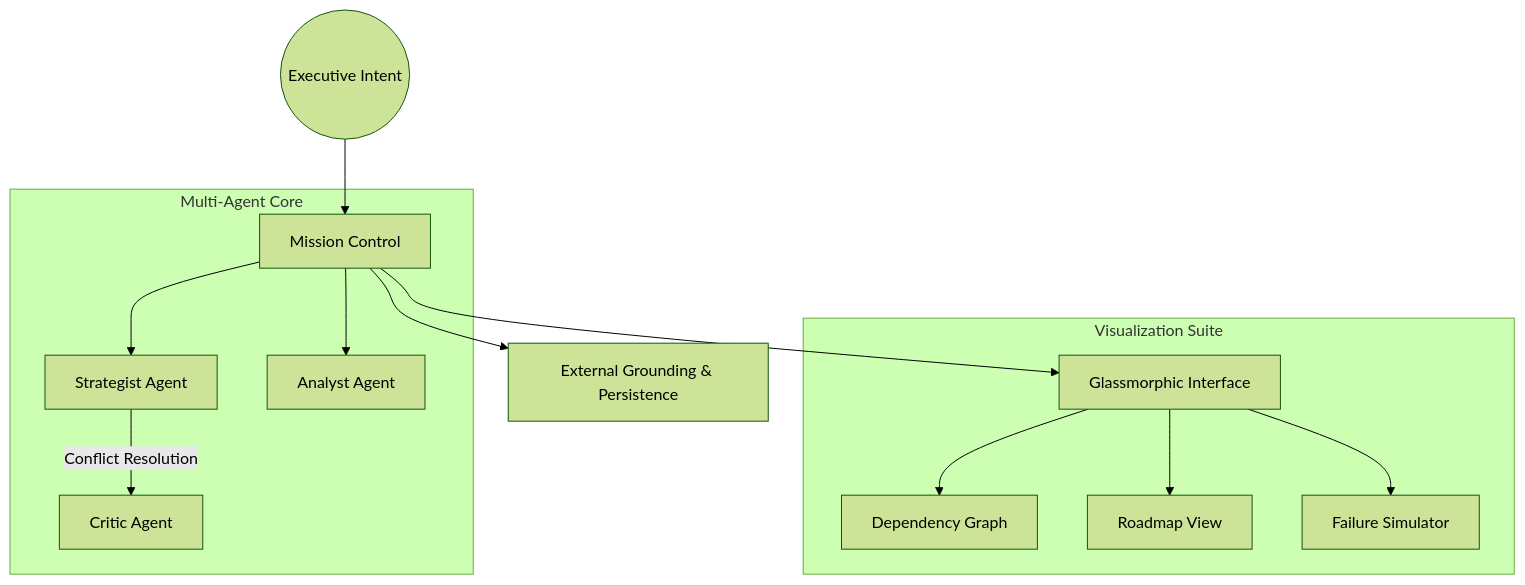
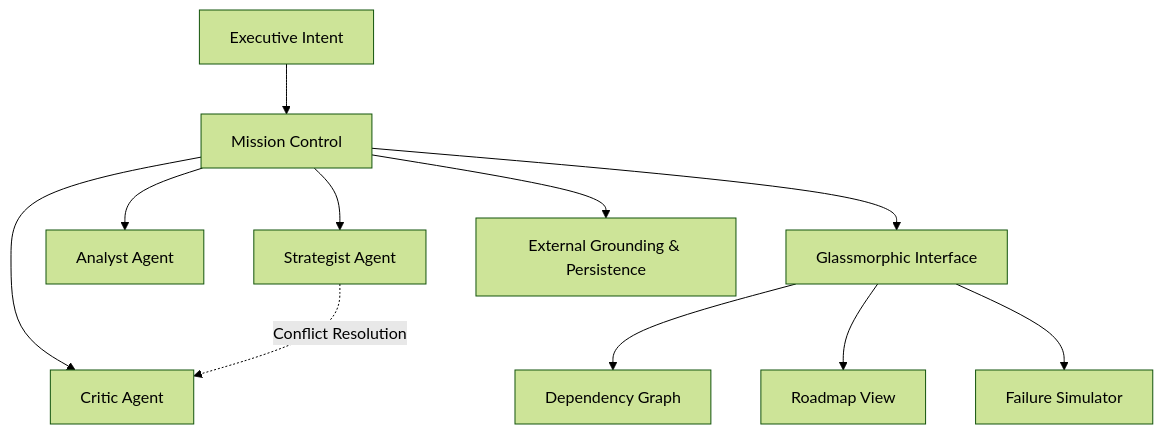
The diagram in README.md (darshil0/atlas-strategic-agent), drawn with Mermaid (forest theme) before and after one commit. The commit also changed other lines of this file, not shown here.

````diff
--- a/README.md
+++ b/README.md
@@ -40,17 +25,18 @@
 ```mermaid
 graph TD
-    User((Executive Intent)) --> Orchestrator[Mission Control]
-    subgraph Multi-Agent Core
-        Orchestrator --> Strategist[Strategist Agent]
-        Orchestrator --> Analyst[Analyst Agent]
-        Strategist -- Conflict Resolution --> Critic[Critic Agent]
-    end
+    User[Executive Intent] --> Orchestrator[Mission Control]
+    
+    Orchestrator --> Strategist[Strategist Agent]
+    Orchestrator --> Analyst[Analyst Agent]
+    Orchestrator --> Critic[Critic Agent]
+    
+    Strategist -.Conflict Resolution.-> Critic
+    
     Orchestrator --> UI[Glassmorphic Interface]
-    subgraph Visualization Suite
-        UI --> Graph[Dependency Graph]
-        UI --> Timeline[Roadmap View]
-        UI --> Sim[Failure Simulator]
-    end
+    
+    UI --> Graph[Dependency Graph]
+    UI --> Timeline[Roadmap View]
+    UI --> Sim[Failure Simulator]
+    
     Orchestrator --> Services[External Grounding & Persistence]
-
 ```
````
